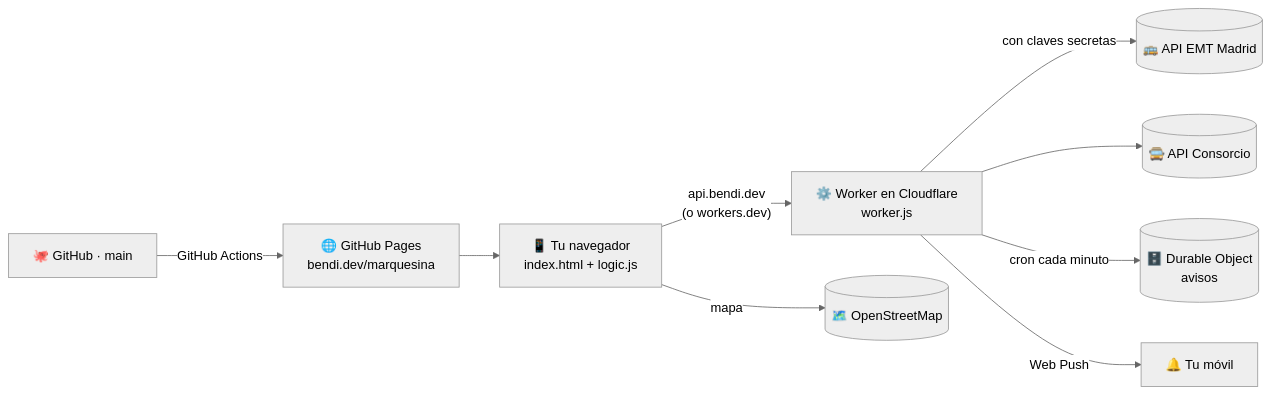
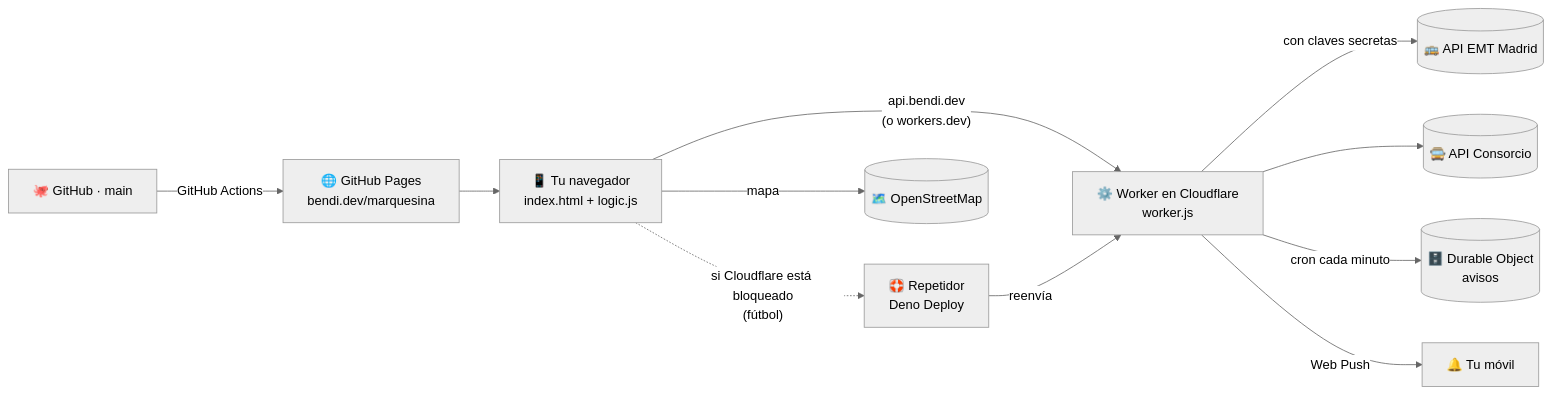
Before and after one commit to serbenda/marquesina: the second of 3 diagrams in README.md, drawn with Mermaid (neutral theme). The commit also changed other lines of this file and 13 other files, not shown here.

````diff
--- a/README.md
+++ b/README.md
@@ -115,11 +115,13 @@
 ```mermaid
 flowchart LR
   U["📱 Tu navegador<br/>index.html + logic.js"] -- "api.bendi.dev<br/>(o workers.dev)" --> W["⚙️ Worker en Cloudflare<br/>worker.js"]
   W -- "con claves secretas" --> EMT[("🚌 API EMT Madrid")]
   W --> CRTM[("🚍 API Consorcio")]
   W -- "cron cada minuto" --> DO[("🗄️ Durable Object<br/>avisos")]
   W -- "Web Push" --> M["🔔 Tu móvil"]
+  U -. "si Cloudflare está bloqueado<br/>(fútbol)" .-> R["🛟 Repetidor<br/>Deno Deploy"]
+  R -- "reenvía" --> W
   U -- "mapa" --> OSM[("🗺️ OpenStreetMap")]
   GH["🐙 GitHub · main"] -- "GitHub Actions" --> P["🌐 GitHub Pages<br/>bendi.dev/marquesina"]
   P --> U
 ```
````
